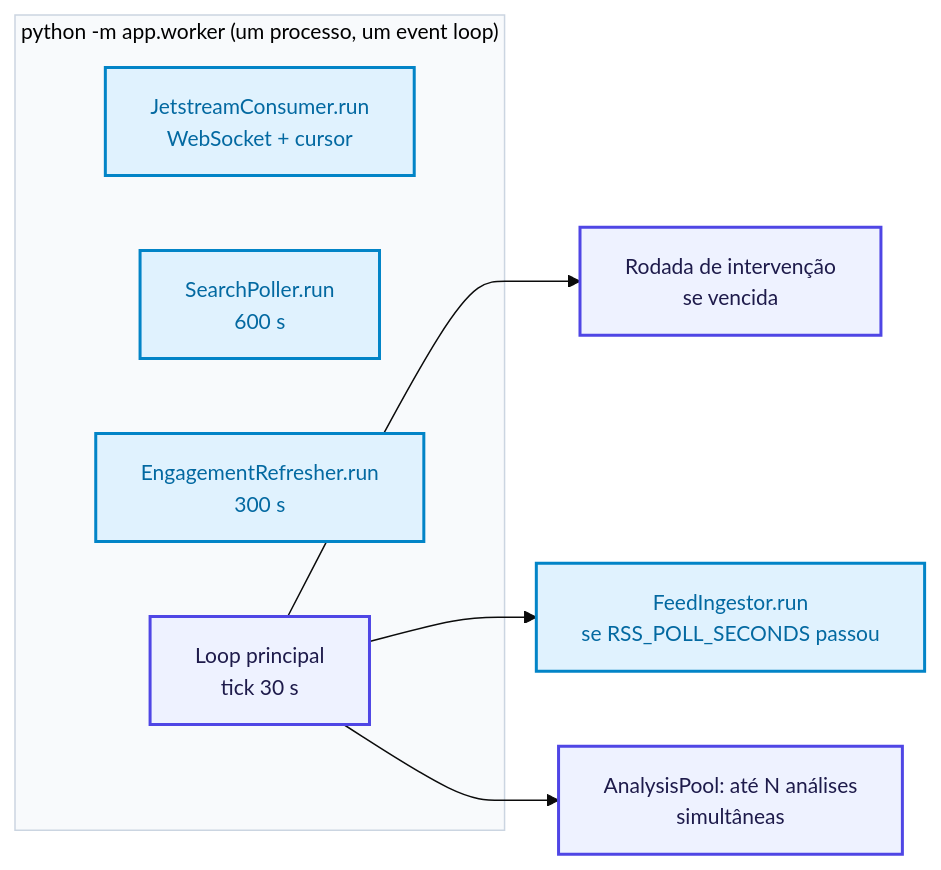
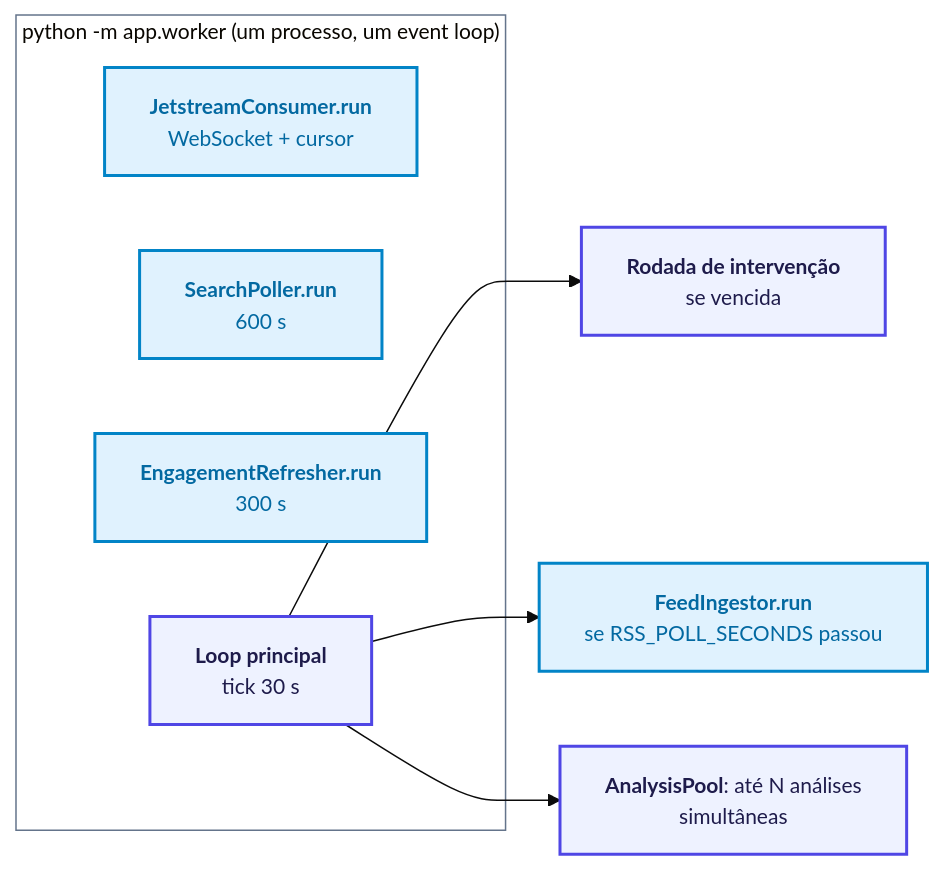
One commit to moonshinerd/ContrarIA changed the third of 4 diagrams in docs/arquitetura/index.md. Above: the diagram before and after it, drawn with Mermaid. The commit also changed other lines of this file and 3 other files, not shown here.

First line of the commit message:
docs: aprimora contraste dos diagramas mermaid no modo escuro e corrige admonitions

````diff
--- a/docs/arquitetura/index.md
+++ b/docs/arquitetura/index.md
@@ -137,16 +137,16 @@
 ```mermaid
-%%{init: {'theme': 'base', 'themeVariables': { 'fontSize': '14px', 'fontFamily': 'inherit', 'primaryColor': '#EEF2FF', 'edgeLabelBackground': '#FFFFFF', 'clusterBkg': '#F8FAFC', 'clusterBorder': '#CBD5E1' }}}%%
+%%{init: {'theme': 'base', 'themeVariables': { 'fontSize': '14px', 'fontFamily': 'inherit', 'clusterBkg': 'transparent', 'clusterBorder': '#64748B', 'edgeLabelBackground': 'transparent' }}}%%
 flowchart LR
     classDef core fill:#EEF2FF,stroke:#4F46E5,stroke-width:2px,color:#1E1B4B
     classDef ingest fill:#E0F2FE,stroke:#0284C7,stroke-width:2px,color:#0369A1
 
     subgraph Worker["python -m app.worker (um processo, um event loop)"]
-        T1[JetstreamConsumer.run<br/>WebSocket + cursor]:::ingest
-        T2[SearchPoller.run<br/>600 s]:::ingest
-        T3[EngagementRefresher.run<br/>300 s]:::ingest
-        L[Loop principal<br/>tick 30 s]:::core
+        T1["<span style='color:#0369A1'><b>JetstreamConsumer.run</b><br/>WebSocket + cursor</span>"]:::ingest
+        T2["<span style='color:#0369A1'><b>SearchPoller.run</b><br/>600 s</span>"]:::ingest
+        T3["<span style='color:#0369A1'><b>EngagementRefresher.run</b><br/>300 s</span>"]:::ingest
+        L["<span style='color:#1E1B4B'><b>Loop principal</b><br/>tick 30 s</span>"]:::core
     end
-    L --> R1[Rodada de intervenção<br/>se vencida]:::core
-    L --> R2[FeedIngestor.run<br/>se RSS_POLL_SECONDS passou]:::ingest
-    L --> R3[AnalysisPool: até N análises<br/>simultâneas]:::core
+    L --> R1["<span style='color:#1E1B4B'><b>Rodada de intervenção</b><br/>se vencida</span>"]:::core
+    L --> R2["<span style='color:#0369A1'><b>FeedIngestor.run</b><br/>se RSS_POLL_SECONDS passou</span>"]:::ingest
+    L --> R3["<span style='color:#1E1B4B'><b>AnalysisPool</b>: até N análises<br/>simultâneas</span>"]:::core
 ```
````
